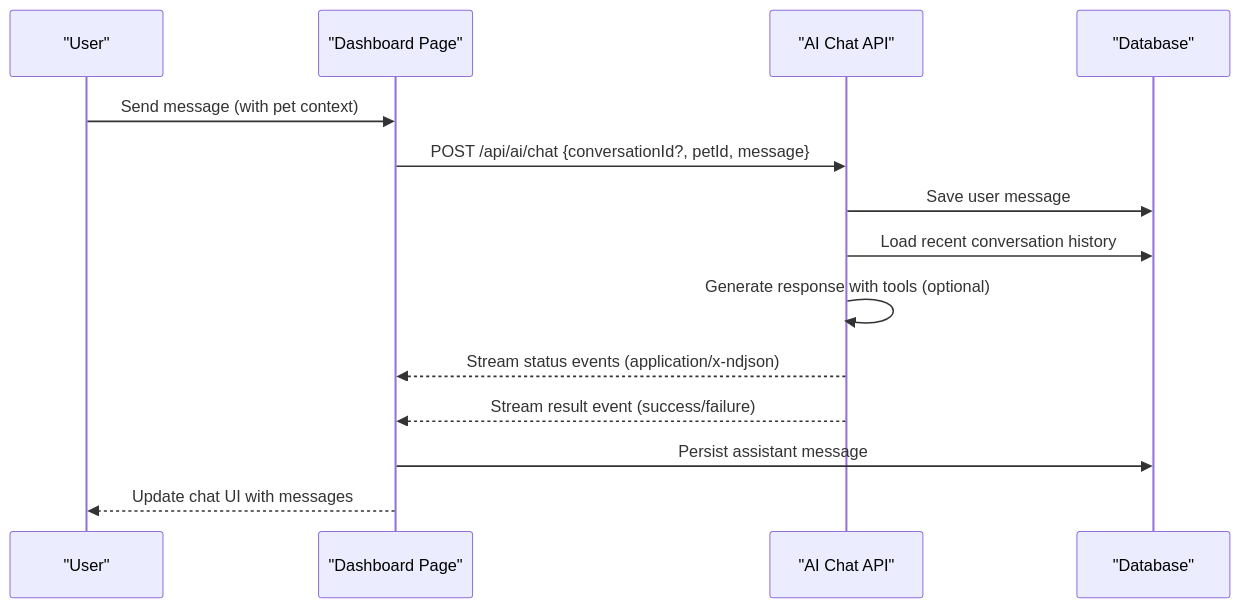
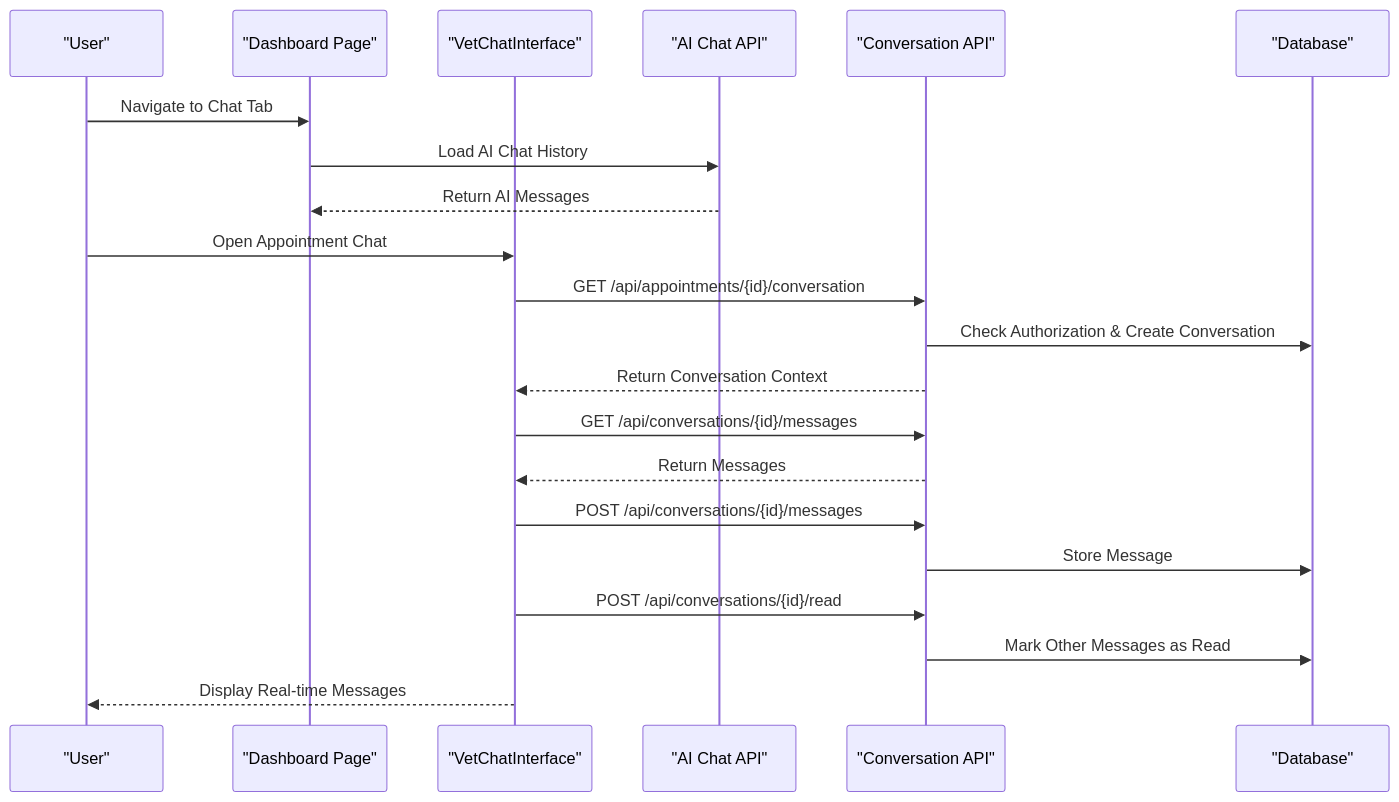
The second of 3 diagrams in .qoder/repowiki/en/content/User Dashboards/Pet Owner Dashboard.md (Javeria-Javaid/ai-powered-pet-healthcare-ecosystem), drawn with Mermaid before and after one commit. The commit also changed other lines of this file and 37 other files, not shown here.

````diff
--- a/.qoder/repowiki/en/content/User Dashboards/Pet Owner Dashboard.md
+++ b/.qoder/repowiki/en/content/User Dashboards/Pet Owner Dashboard.md
@@ -116,16 +163,23 @@
 ```mermaid
 sequenceDiagram
 participant U as "User"
-participant C as "Dashboard Page"
-participant A as "AI Chat API"
+participant D as "Dashboard Page"
+participant VC as "VetChatInterface"
+participant AC as "AI Chat API"
+participant CC as "Conversation API"
 participant DB as "Database"
-U->>C : Send message (with pet context)
-C->>A : POST /api/ai/chat {conversationId?, petId, message}
-A->>DB : Save user message
-A->>DB : Load recent conversation history
-A->>A : Generate response with tools (optional)
-A-->>C : Stream status events (application/x-ndjson)
-A-->>C : Stream result event (success/failure)
-C->>DB : Persist assistant message
-C-->>U : Update chat UI with messages
+U->>D : Navigate to Chat Tab
+D->>AC : Load AI Chat History
+AC-->>D : Return AI Messages
+U->>VC : Open Appointment Chat
+VC->>CC : GET /api/appointments/{id}/conversation
+CC->>DB : Check Authorization & Create Conversation
+CC-->>VC : Return Conversation Context
+VC->>CC : GET /api/conversations/{id}/messages
+CC-->>VC : Return Messages
+VC->>CC : POST /api/conversations/{id}/messages
+CC->>DB : Store Message
+VC->>CC : POST /api/conversations/{id}/read
+CC->>DB : Mark Other Messages as Read
+VC-->>U : Display Real-time Messages
 ```
````
